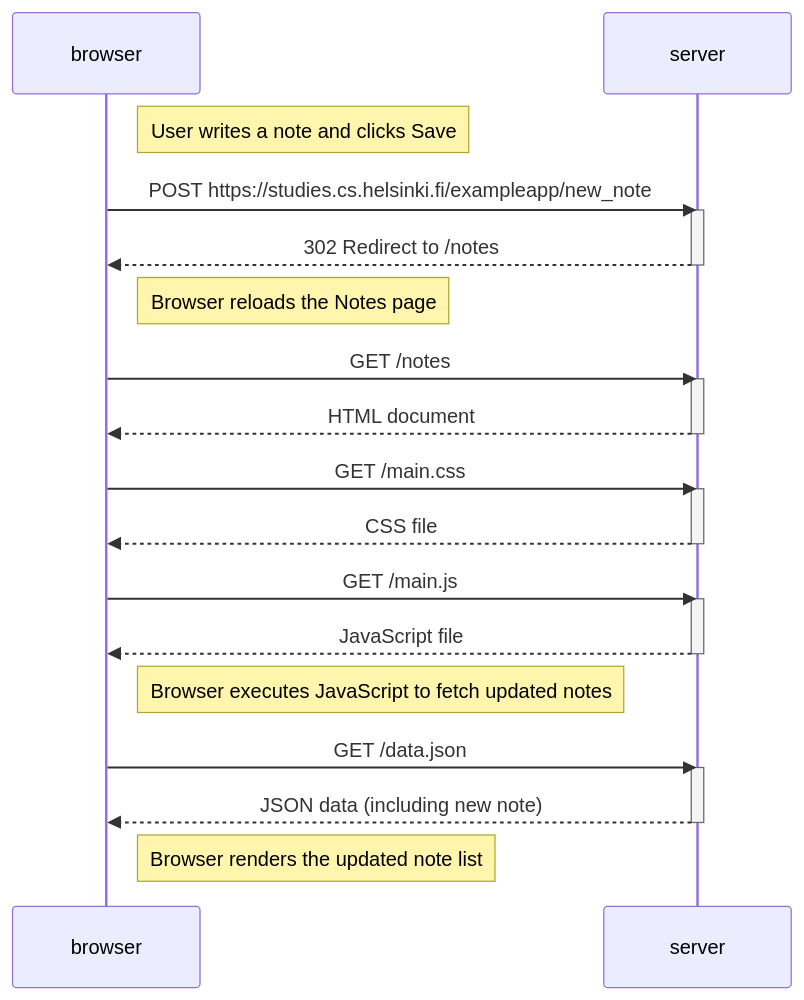
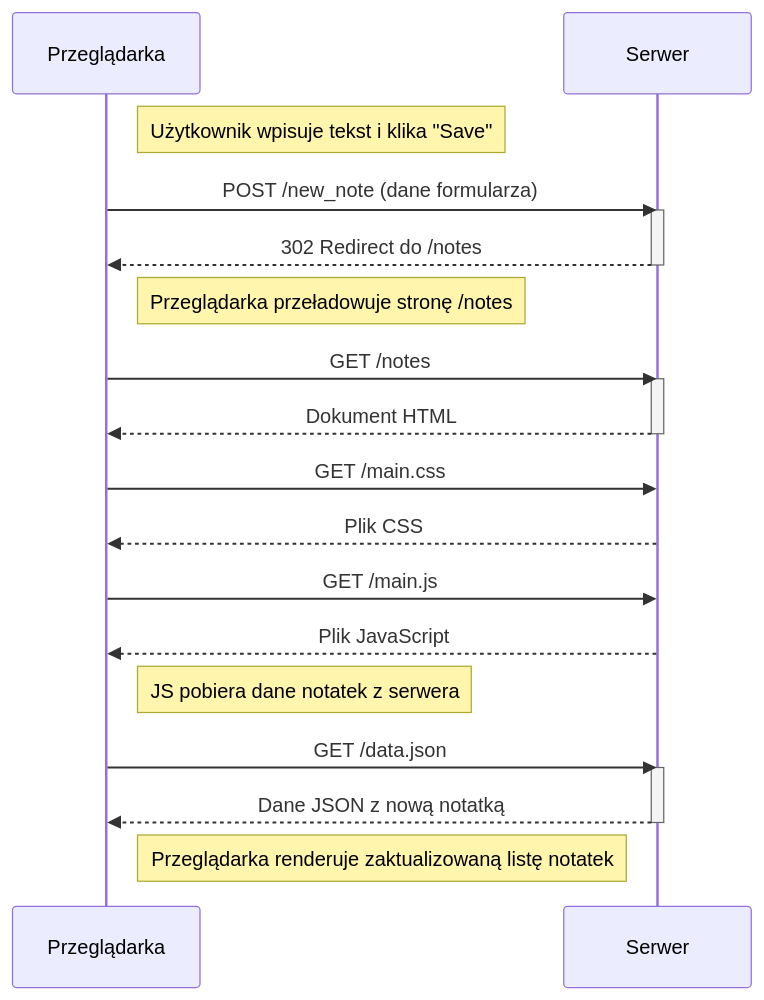
One commit to 77qd/FullStack changed the diagram in part0/zad0.4.mmd. Above: the diagram before and after it, drawn with Mermaid. The commit also changed 2 other files, not shown here.

```diff
--- a/part0/zad0.4.mmd
+++ b/part0/zad0.4.mmd
@@ -1,36 +1,32 @@
 sequenceDiagram
-    participant browser
-    participant server
+    participant Przeglądarka
+    participant Serwer
 
-    Note right of browser: User writes a note and clicks Save
+    Note right of Przeglądarka: Użytkownik wpisuje tekst i klika "Save"
 
-    browser->>server: POST https://studies.cs.helsinki.fi/exampleapp/new_note
-    activate server
-    server-->>browser: 302 Redirect to /notes
-    deactivate server
+    Przeglądarka->>Serwer: POST /new_note (dane formularza)
+    activate Serwer
+    Serwer-->>Przeglądarka: 302 Redirect do /notes
+    deactivate Serwer
 
-    Note right of browser: Browser reloads the Notes page
+    Note right of Przeglądarka: Przeglądarka przeładowuje stronę /notes
 
-    browser->>server: GET /notes
-    activate server
-    server-->>browser: HTML document
-    deactivate server
+    Przeglądarka->>Serwer: GET /notes
+    activate Serwer
+    Serwer-->>Przeglądarka: Dokument HTML
+    deactivate Serwer
 
-    browser->>server: GET /main.css
-    activate server
-    server-->>browser: CSS file
-    deactivate server
+    Przeglądarka->>Serwer: GET /main.css
+    Serwer-->>Przeglądarka: Plik CSS
 
-    browser->>server: GET /main.js
-    activate server
-    server-->>browser: JavaScript file
-    deactivate server
+    Przeglądarka->>Serwer: GET /main.js
+    Serwer-->>Przeglądarka: Plik JavaScript
 
-    Note right of browser: Browser executes JavaScript to fetch updated notes
+    Note right of Przeglądarka: JS pobiera dane notatek z serwera
 
-    browser->>server: GET /data.json
-    activate server
-    server-->>browser: JSON data (including new note)
-    deactivate server
+    Przeglądarka->>Serwer: GET /data.json
+    activate Serwer
+    Serwer-->>Przeglądarka: Dane JSON z nową notatką
+    deactivate Serwer
 
-    Note right of browser: Browser renders the updated note list
+    Note right of Przeglądarka: Przeglądarka renderuje zaktualizowaną listę notatek
```
